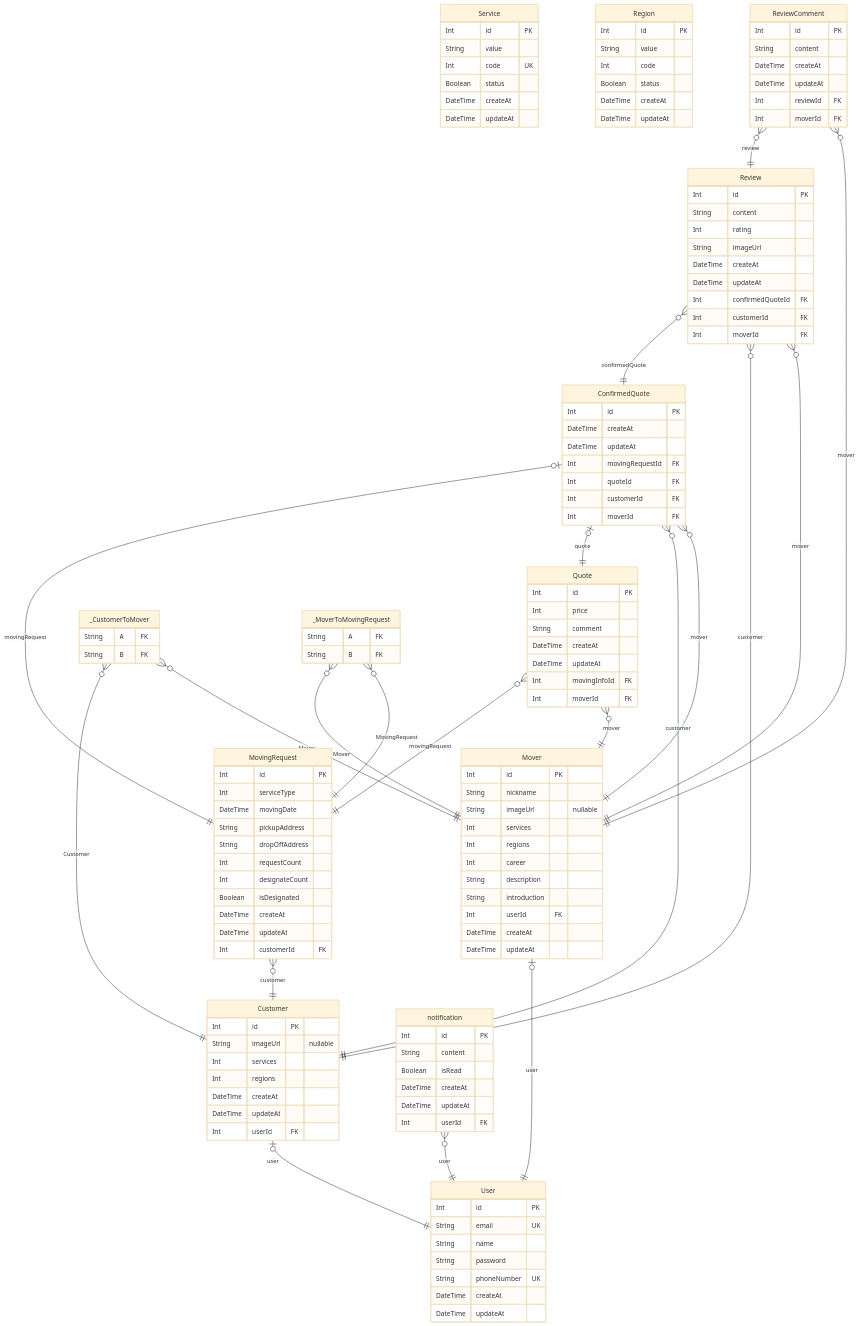
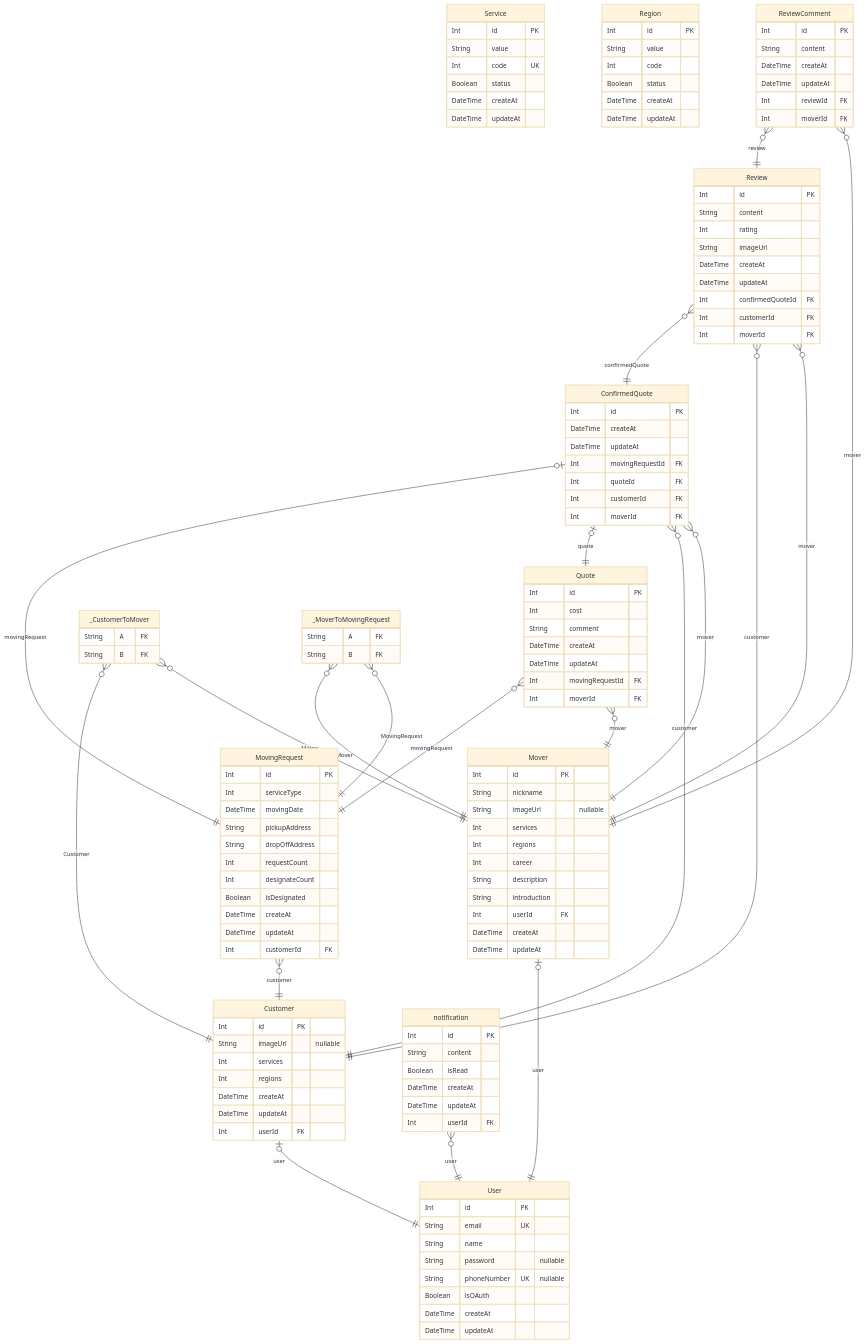
One commit to codeit-moving/moving-be changed the diagram in prisma/ERD.md. Above: the diagram before and after it, drawn with Mermaid (base theme). The commit also changed other lines of this file and 10 other files, not shown here.

```diff
--- a/prisma/ERD.md
+++ b/prisma/ERD.md
@@ -10,8 +10,9 @@
   Int id PK
   String email UK
   String name
-  String password
-  String phoneNumber UK
+  String password "nullable"
+  String phoneNumber UK "nullable"
+  Boolean isOAuth
   DateTime createAt
   DateTime updateAt
 }
@@ -68,11 +69,11 @@
 }
 "Quote" {
   Int id PK
-  Int price
+  Int cost
   String comment
   DateTime createAt
   DateTime updateAt
-  Int movingInfoId FK
+  Int movingRequestId FK
   Int moverId FK
 }
 "ConfirmedQuote" {
```
